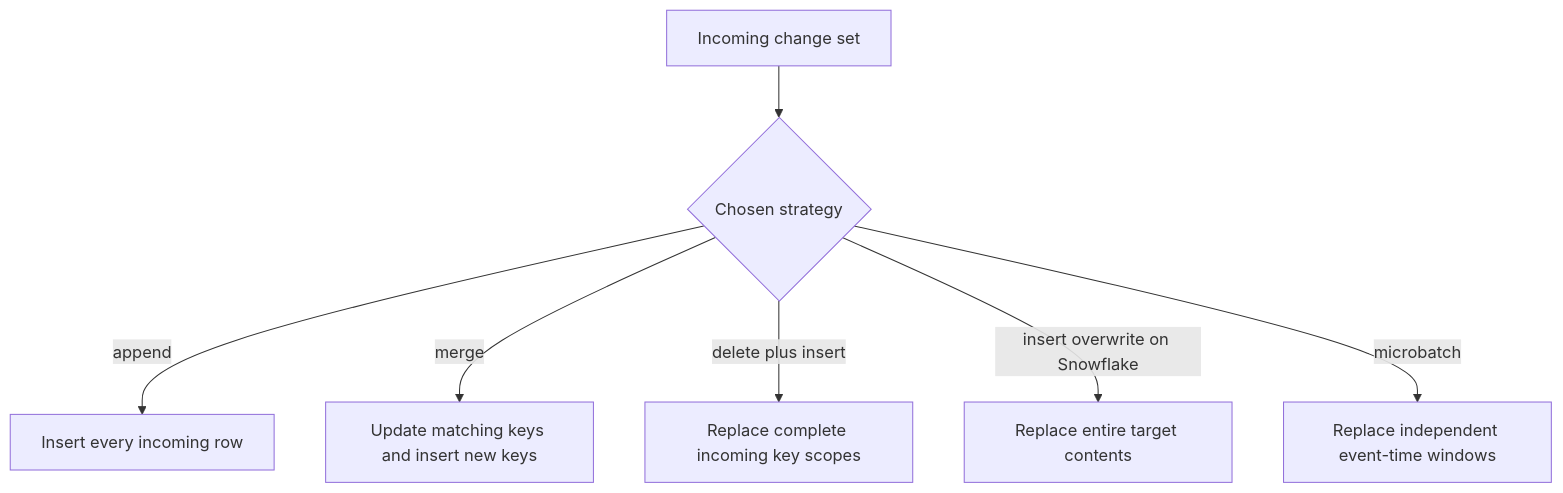
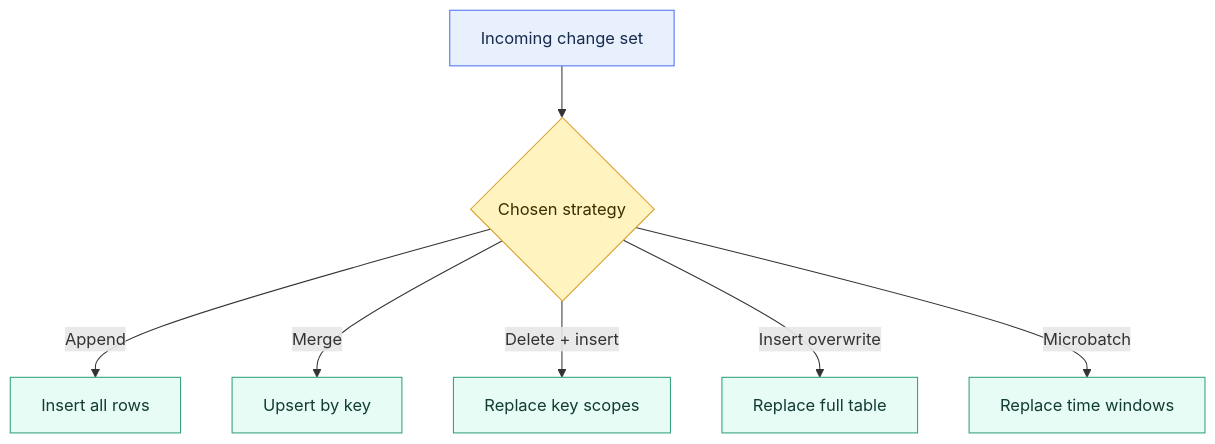
One commit to shonningsoy/Upskill changed the first of 2 diagrams in 02 dbt/04 Incremental Processing and Performance/32 Incremental Strategies.md. Above: the diagram before and after it, drawn with Mermaid. The commit also changed other lines of this file and 31 other files, not shown here.

````diff
--- a/02 dbt/04 Incremental Processing and Performance/32 Incremental Strategies.md
+++ b/02 dbt/04 Incremental Processing and Performance/32 Incremental Strategies.md
@@ -79,9 +80,18 @@
 ```mermaid
 flowchart TD
     A[Incoming change set] --> B{Chosen strategy}
-    B -->|append| C[Insert every incoming row]
-    B -->|merge| D[Update matching keys and insert new keys]
-    B -->|delete plus insert| E[Replace complete incoming key scopes]
-    B -->|insert overwrite on Snowflake| F[Replace entire target contents]
-    B -->|microbatch| G[Replace independent event-time windows]
+    B -->|Append| C[Insert all rows]
+    B -->|Merge| D[Upsert by key]
+    B -->|Delete + insert| E[Replace key scopes]
+    B -->|Insert overwrite| F[Replace full table]
+    B -->|Microbatch| G[Replace time windows]
+
+    classDef input fill:#E8F0FE,stroke:#4C6EF5,color:#172B4D
+    classDef control fill:#FFF3BF,stroke:#D69E2E,color:#3D2E00
+    classDef dbt fill:#E6FCF5,stroke:#2F9E7B,color:#123C34
+    classDef platform fill:#F1F3F5,stroke:#868E96,color:#212529
+    classDef output fill:#F3E8FF,stroke:#805AD5,color:#2D1B4E
+    class A input
+    class B control
+    class C,D,E,F,G dbt
 ```
````
